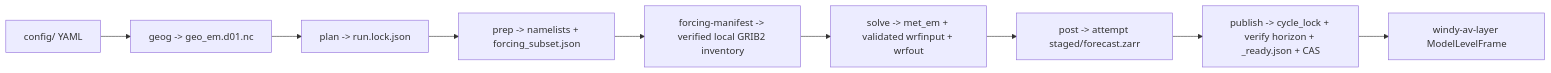
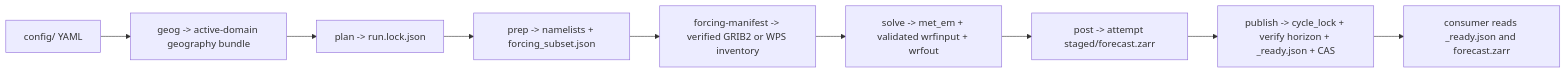
One commit to jdorrance/av-wrf changed the first of 2 diagrams in docs/architecture.md. Above: the diagram before and after it, drawn with Mermaid. The commit also changed other lines of this file and 115 other files, not shown here.

````diff
--- a/docs/architecture.md
+++ b/docs/architecture.md
@@ -12,11 +11,11 @@
 ```mermaid
 flowchart LR
-  cfg["config/ YAML"] --> geog["geog -> geo_em.d01.nc"]
+  cfg["config/ YAML"] --> geog["geog -> active-domain geography bundle"]
   geog --> plan["plan -> run.lock.json"]
   plan --> prep["prep -> namelists + forcing_subset.json"]
-  prep --> forcing["forcing-manifest -> verified local GRIB2 inventory"]
+  prep --> forcing["forcing-manifest -> verified GRIB2 or WPS inventory"]
   forcing --> solve["solve -> met_em + validated wrfinput + wrfout"]
   solve --> post["post -> attempt staged/forecast.zarr"]
   post --> pub["publish -> cycle_lock + verify horizon + _ready.json + CAS"]
-  pub --> av["windy-av-layer ModelLevelFrame"]
+  pub --> av["consumer reads _ready.json and forecast.zarr"]
 ```
````
